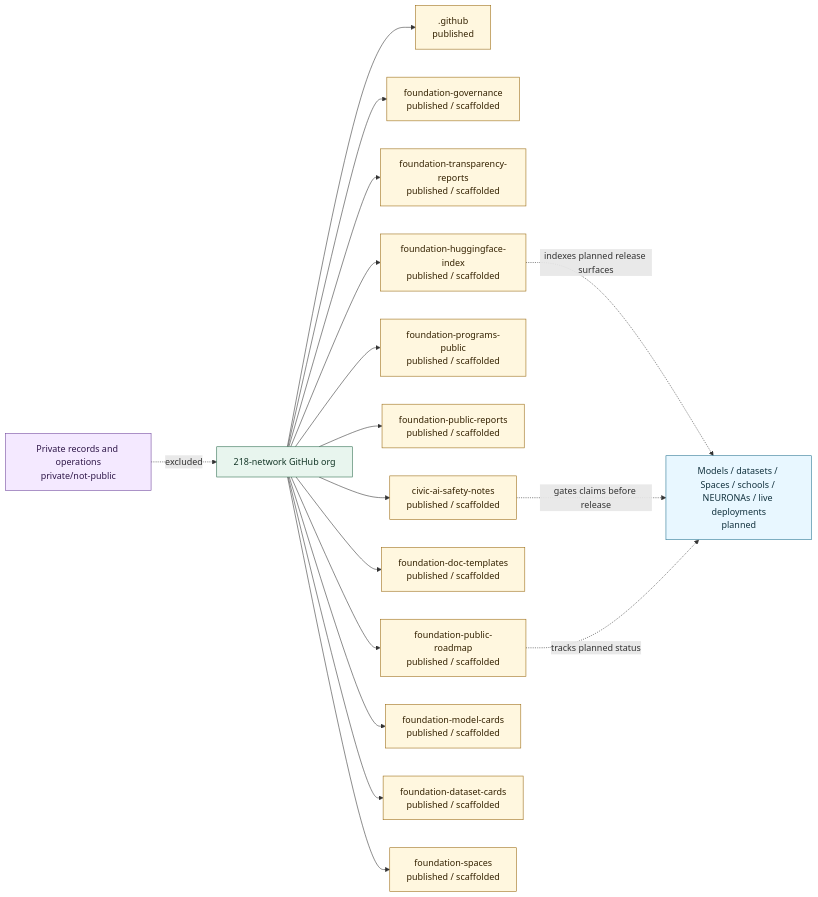
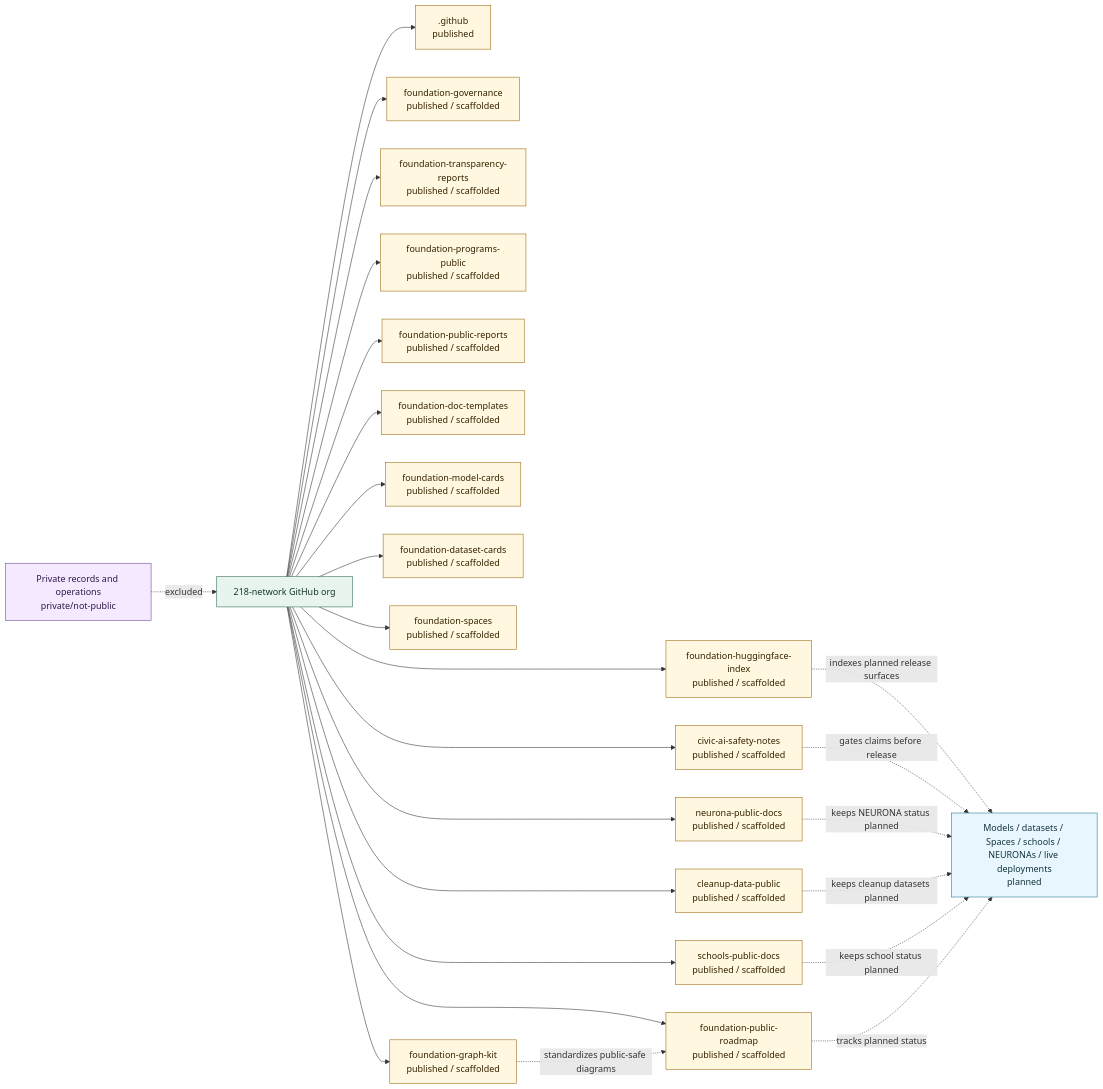
Before and after one commit to 218-network/foundation-public-roadmap: the diagram in docs/graphs/repo-status-map.md, drawn with Mermaid. The commit also changed other lines of this file and 3 other files, not shown here.

````diff
--- a/docs/graphs/repo-status-map.md
+++ b/docs/graphs/repo-status-map.md
@@ -9,43 +9,55 @@
 ```mermaid
 flowchart LR
     org["218-network GitHub org"]:::foundation
     profile[".github<br/>published"]:::public
     governance["foundation-governance<br/>published / scaffolded"]:::public
     transparency["foundation-transparency-reports<br/>published / scaffolded"]:::public
     roadmap["foundation-public-roadmap<br/>published / scaffolded"]:::public
     programs["foundation-programs-public<br/>published / scaffolded"]:::public
     reports["foundation-public-reports<br/>published / scaffolded"]:::public
     hfIndex["foundation-huggingface-index<br/>published / scaffolded"]:::public
     docTemplates["foundation-doc-templates<br/>published / scaffolded"]:::public
     safetyNotes["civic-ai-safety-notes<br/>published / scaffolded"]:::public
     modelCards["foundation-model-cards<br/>published / scaffolded"]:::public
     datasetCards["foundation-dataset-cards<br/>published / scaffolded"]:::public
     spaces["foundation-spaces<br/>published / scaffolded"]:::public
+    neuronaDocs["neurona-public-docs<br/>published / scaffolded"]:::public
+    cleanupData["cleanup-data-public<br/>published / scaffolded"]:::public
+    schoolsDocs["schools-public-docs<br/>published / scaffolded"]:::public
+    graphKit["foundation-graph-kit<br/>published / scaffolded"]:::public
     futureArtifacts["Models / datasets / Spaces / schools / NEURONAs / live deployments<br/>planned"]:::release
     privateData["Private records and operations<br/>private/not-public"]:::private
 
     org --> profile
     org --> governance
     org --> transparency
     org --> roadmap
     org --> programs
     org --> reports
     org --> hfIndex
     org --> docTemplates
     org --> safetyNotes
     org --> modelCards
     org --> datasetCards
     org --> spaces
+    org --> neuronaDocs
+    org --> cleanupData
+    org --> schoolsDocs
+    org --> graphKit
     hfIndex -. indexes planned release surfaces .-> futureArtifacts
     safetyNotes -. gates claims before release .-> futureArtifacts
+    neuronaDocs -. keeps NEURONA status planned .-> futureArtifacts
+    cleanupData -. keeps cleanup datasets planned .-> futureArtifacts
+    schoolsDocs -. keeps school status planned .-> futureArtifacts
+    graphKit -. standardizes public-safe diagrams .-> roadmap
     roadmap -. tracks planned status .-> futureArtifacts
     privateData -. excluded .-> org
 
     classDef entity fill:#e7f0ff,stroke:#315a9f,color:#0f274d
     classDef foundation fill:#e8f5ee,stroke:#2b6b4d,color:#123526
     classDef public fill:#fff7df,stroke:#9a6a12,color:#332100
     classDef private fill:#f4e9ff,stroke:#70479c,color:#2f1749
     classDef sealed fill:#ffe8e8,stroke:#a33a3a,color:#4a1111
     classDef release fill:#e8f7ff,stroke:#277491,color:#12323e
     classDef workflow fill:#eef0f3,stroke:#58606b,color:#20242a
 ```
````
